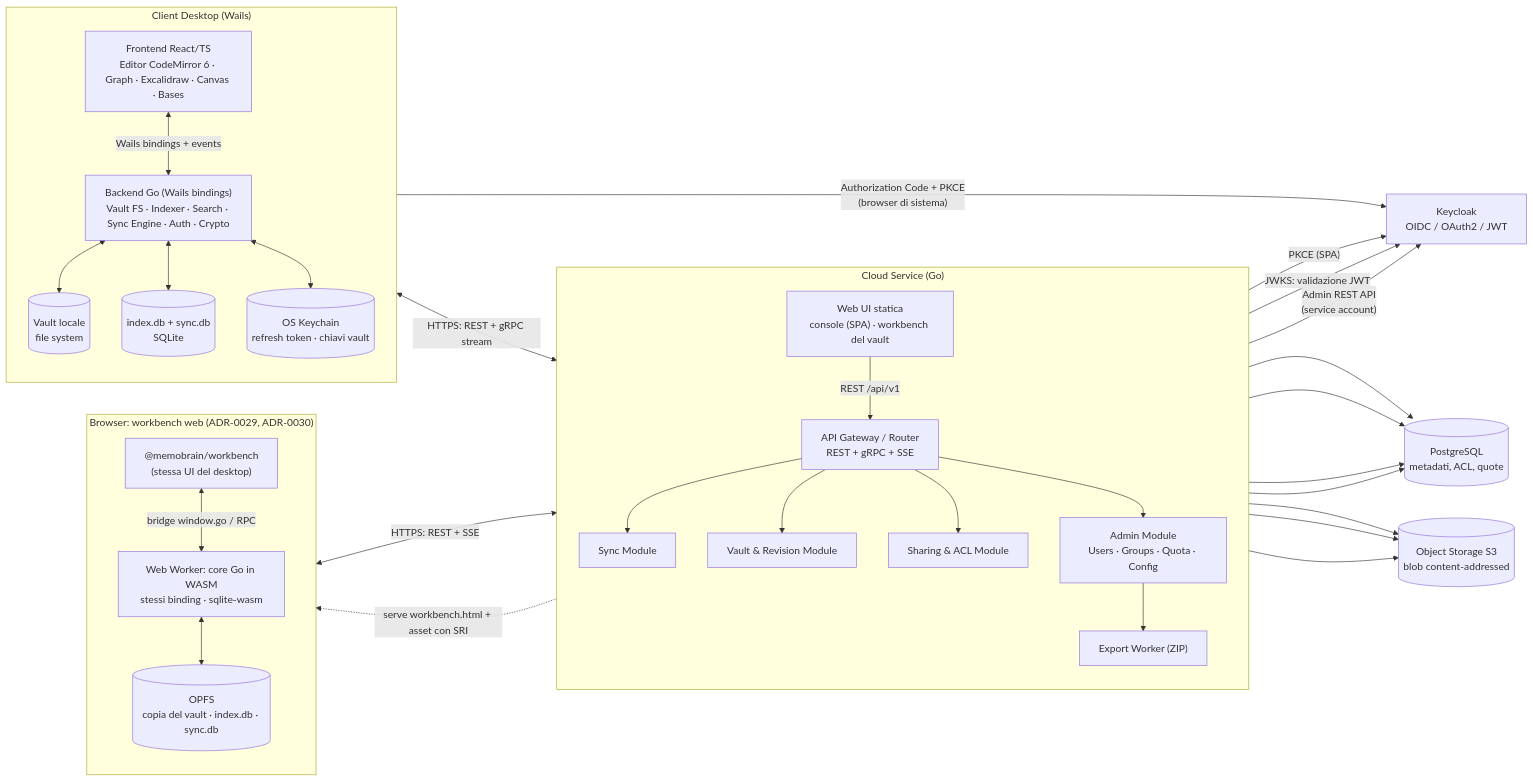
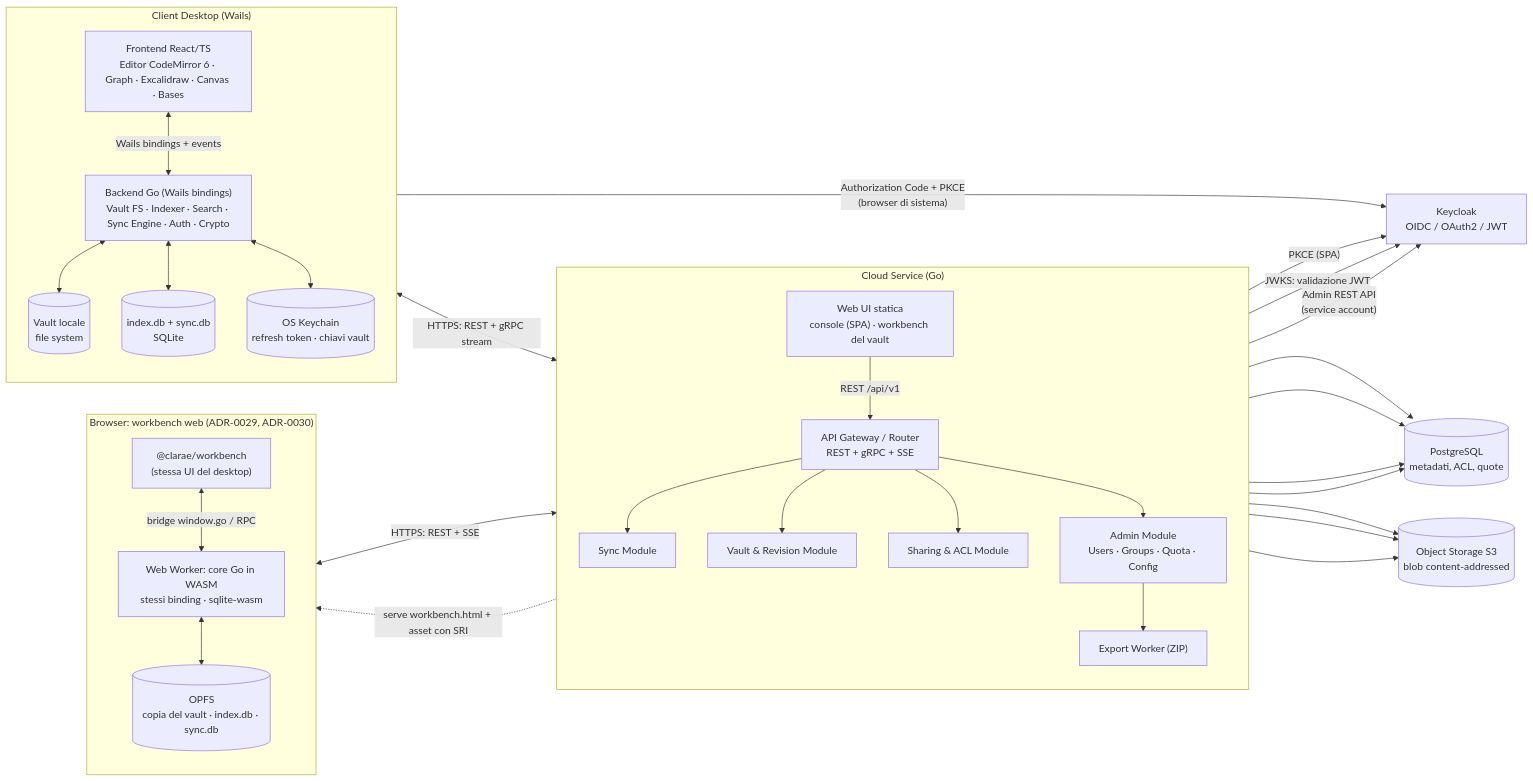
One commit to E2BRAdvisory/Clarae changed the first of 5 diagrams in Specifications.md. Above: the diagram before and after it, drawn with Mermaid. The commit also changed other lines of this file and 4 other files, not shown here.

````diff
--- a/Specifications.md
+++ b/Specifications.md
@@ -99,52 +100,52 @@
 ```mermaid
 flowchart LR
   subgraph DESK["Client Desktop (Wails)"]
     direction TB
     FE["Frontend React/TS<br/>Editor CodeMirror 6 · Graph · Excalidraw · Canvas · Bases"]
     BE["Backend Go (Wails bindings)<br/>Vault FS · Indexer · Search · Sync Engine · Auth · Crypto"]
     LFS[("Vault locale<br/>file system")]
     LDB[("index.db + sync.db<br/>SQLite")]
     KR[("OS Keychain<br/>refresh token · chiavi vault")]
     FE <-->|"Wails bindings + events"| BE
     BE <--> LFS
     BE <--> LDB
     BE <--> KR
   end
 
   subgraph CLOUD["Cloud Service (Go)"]
     direction TB
     GW["API Gateway / Router<br/>REST + gRPC + SSE"]
     SYNC["Sync Module"]
     VAULT["Vault & Revision Module"]
     SHARE["Sharing & ACL Module"]
     ADM["Admin Module<br/>Users · Groups · Quota · Config"]
     EXP["Export Worker (ZIP)"]
     WEB["Web UI statica<br/>console (SPA) · workbench del vault"]
     GW --> SYNC & VAULT & SHARE & ADM
     ADM --> EXP
   end
 
   KC["Keycloak<br/>OIDC / OAuth2 / JWT"]
   PG[("PostgreSQL<br/>metadati, ACL, quote")]
   S3[("Object Storage S3<br/>blob content-addressed")]
 
   BE <-->|"HTTPS: REST + gRPC stream"| GW
   BE -->|"Authorization Code + PKCE<br/>(browser di sistema)"| KC
   subgraph BROWSER["Browser: workbench web (ADR-0029, ADR-0030)"]
     direction TB
-    WFE["@memobrain/workbench<br/>(stessa UI del desktop)"]
+    WFE["@clarae/workbench<br/>(stessa UI del desktop)"]
     WCORE["Web Worker: core Go in WASM<br/>stessi binding · sqlite-wasm"]
     OPFS[("OPFS<br/>copia del vault · index.db · sync.db")]
     WFE <-->|"bridge window.go / RPC"| WCORE
     WCORE <--> OPFS
   end
 
   WEB -->|"PKCE (SPA)"| KC
   WEB -->|"REST /api/v1"| GW
   WEB -.->|"serve workbench.html + asset con SRI"| WFE
   WCORE <-->|"HTTPS: REST + SSE"| GW
   GW -->|"JWKS: validazione JWT"| KC
   ADM -->|"Admin REST API<br/>(service account)"| KC
   SYNC & VAULT & SHARE & ADM --> PG
   SYNC & VAULT & EXP --> S3
 ```
````
